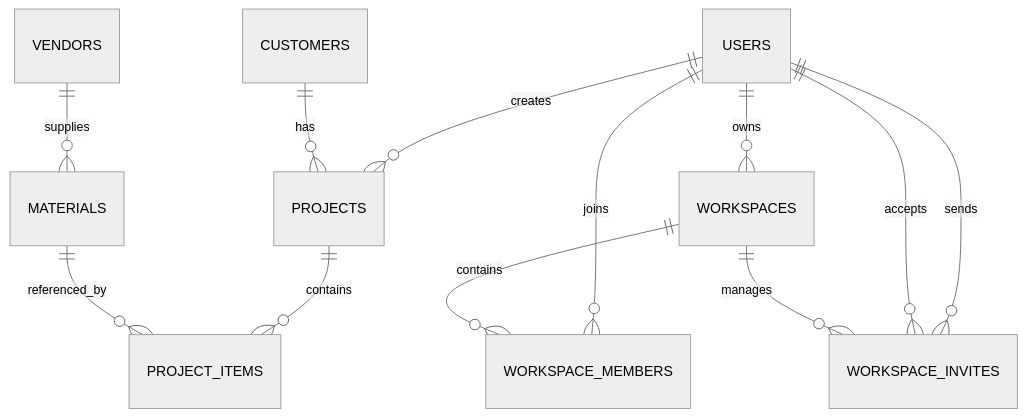
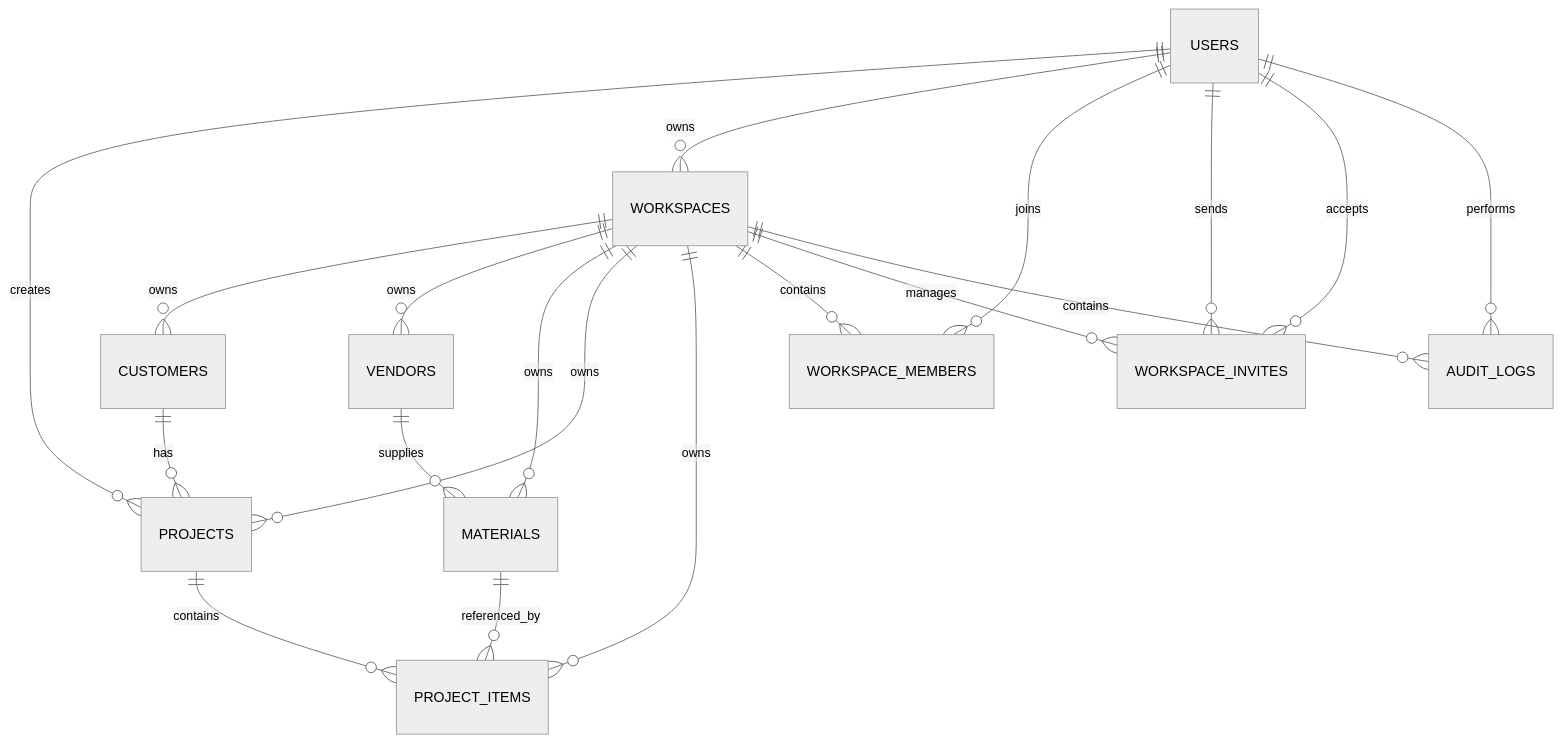
One commit to YearningAsian/BuilderPro changed the diagram in database.md. Above: the diagram before and after it, drawn with Mermaid (neutral theme). The commit also changed other lines of this file and 6 other files, not shown here.

````diff
--- a/database.md
+++ b/database.md
@@ -57,16 +52,23 @@
 ```mermaid
 erDiagram
     USERS ||--o{ PROJECTS : creates
     USERS ||--o{ WORKSPACES : owns
     USERS ||--o{ WORKSPACE_MEMBERS : joins
     USERS ||--o{ WORKSPACE_INVITES : sends
     USERS ||--o{ WORKSPACE_INVITES : accepts
+    USERS ||--o{ AUDIT_LOGS : performs
+
+    WORKSPACES ||--o{ CUSTOMERS : owns
+    WORKSPACES ||--o{ VENDORS : owns
+    WORKSPACES ||--o{ MATERIALS : owns
+    WORKSPACES ||--o{ PROJECTS : owns
+    WORKSPACES ||--o{ PROJECT_ITEMS : owns
+    WORKSPACES ||--o{ WORKSPACE_MEMBERS : contains
+    WORKSPACES ||--o{ WORKSPACE_INVITES : manages
+    WORKSPACES ||--o{ AUDIT_LOGS : contains
 
     CUSTOMERS ||--o{ PROJECTS : has
     VENDORS ||--o{ MATERIALS : supplies
     PROJECTS ||--o{ PROJECT_ITEMS : contains
     MATERIALS ||--o{ PROJECT_ITEMS : referenced_by
-
-    WORKSPACES ||--o{ WORKSPACE_MEMBERS : contains
-    WORKSPACES ||--o{ WORKSPACE_INVITES : manages
 ```
````
